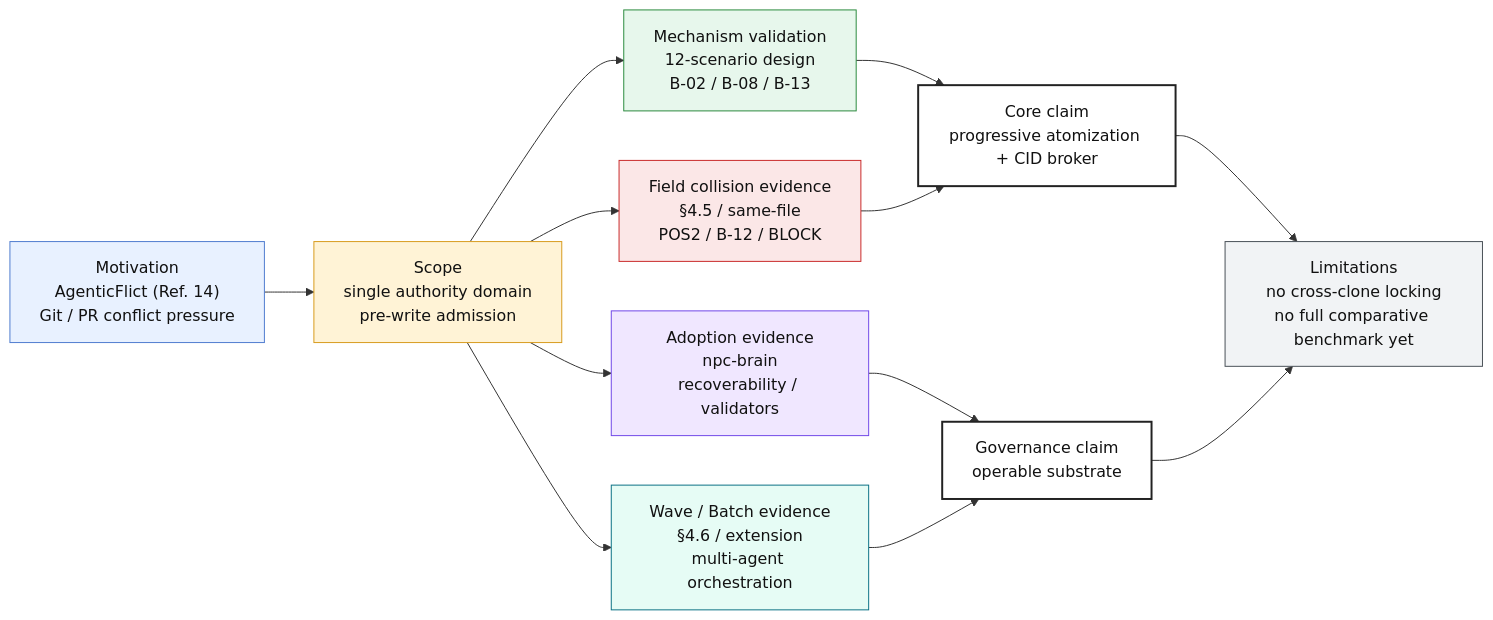
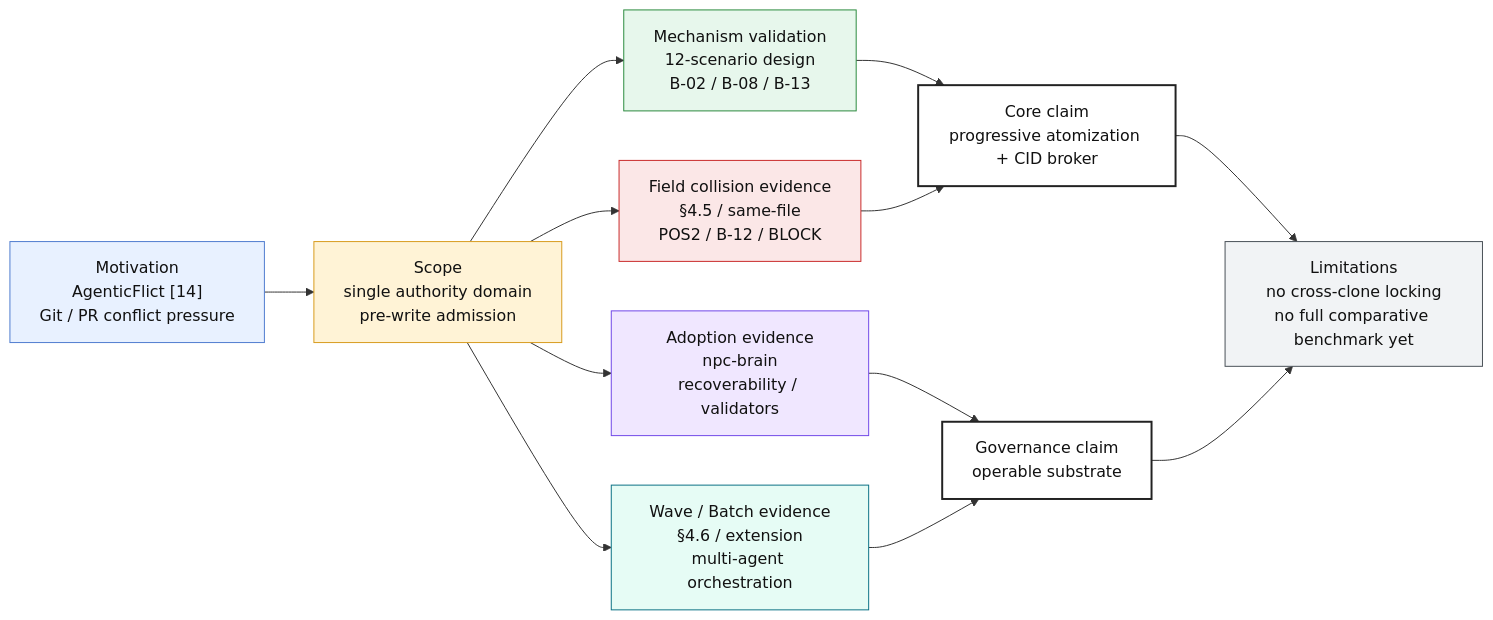
Before and after one commit to eaglhuang/3klife: the fourth of 4 diagrams in docs/ai_atomic_framework/arxiv-paper-v1/paper.v3.1.en.md, drawn with Mermaid. The commit also changed other lines of this file and 2 other files, not shown here.

````diff
--- a/docs/ai_atomic_framework/arxiv-paper-v1/paper.v3.1.en.md
+++ b/docs/ai_atomic_framework/arxiv-paper-v1/paper.v3.1.en.md
@@ -704,23 +712,23 @@
 ```mermaid
 flowchart LR
-    M["Motivation<br/>AgenticFlict (Ref. 14)<br/>Git / PR conflict pressure"] --> S["Scope<br/>single authority domain<br/>pre-write admission"]
+    M["Motivation<br/>AgenticFlict [14]<br/>Git / PR conflict pressure"] --> S["Scope<br/>single authority domain<br/>pre-write admission"]
     S --> F["Mechanism validation<br/>12-scenario design<br/>B-02 / B-08 / B-13"]
     S --> C["Field collision evidence<br/>§4.5 / same-file<br/>POS2 / B-12 / BLOCK"]
     S --> A["Adoption evidence<br/>npc-brain<br/>recoverability / validators"]
     S --> D["Wave / Batch evidence<br/>§4.6 / extension<br/>multi-agent orchestration"]
     F --> K["Core claim<br/>progressive atomization + CID broker"]
     C --> K
     A --> G["Governance claim<br/>operable substrate"]
     D --> G
     K --> L["Limitations<br/>no cross-clone locking<br/>no full comparative benchmark yet"]
     G --> L
     style M fill:#e8f1ff,stroke:#4f7ccf,color:#111
     style S fill:#fff3d6,stroke:#d89b1d,color:#111
     style F fill:#e7f7ec,stroke:#2b8a3e,color:#111
     style C fill:#fbe7e7,stroke:#c92a2a,color:#111
     style A fill:#f0e7ff,stroke:#7048e8,color:#111
     style D fill:#e6fcf5,stroke:#0b7285,color:#111
     style K fill:#ffffff,stroke:#222,stroke-width:2px,color:#111
     style G fill:#ffffff,stroke:#222,stroke-width:2px,color:#111
     style L fill:#f1f3f5,stroke:#495057,color:#111
 ```
````
